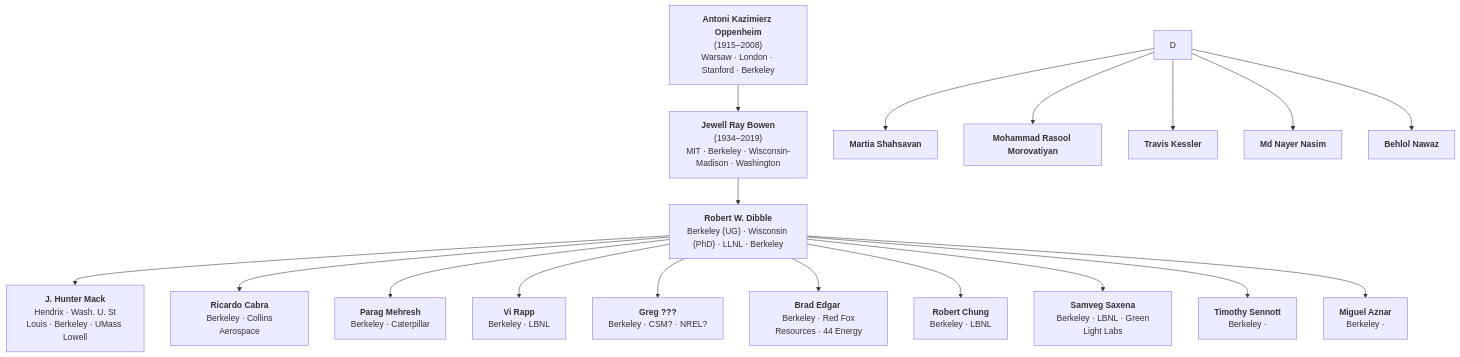
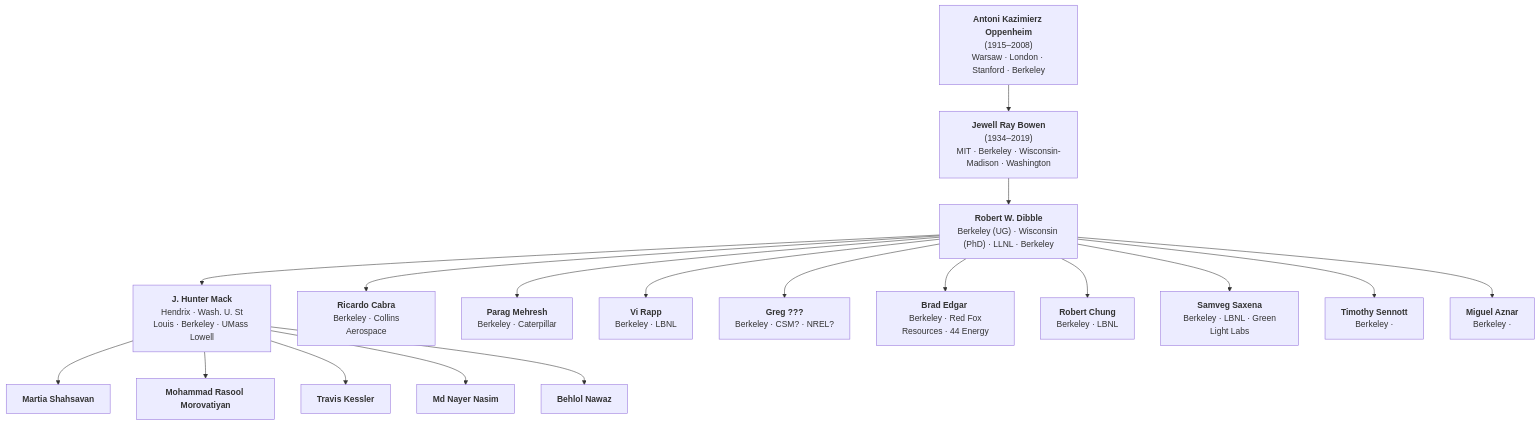
The diagram in acad_tree.md (bnawaz95/ECRL-acad-tree), drawn with Mermaid before and after one commit.

````diff
--- a/acad_tree.md
+++ b/acad_tree.md
@@ -1,45 +1,45 @@
 ```mermaid
 graph TD
     A["<b>Antoni Kazimierz Oppenheim</b><br/>(1915–2008)<br/>Warsaw · London · Stanford · Berkeley"]
 
     B["<b>Jewell Ray Bowen</b><br/>(1934–2019)<br/>MIT · Berkeley · Wisconsin-Madison · Washington"]
 
     C["<b>Robert W. Dibble</b><br/>Berkeley (UG) · Wisconsin (PhD) · LLNL · Berkeley"]
 
     D0["<b>J. Hunter Mack</b><br/> Hendrix · Wash. U. St Louis · Berkeley · UMass Lowell"]
     D1["<b>Ricardo Cabra</b><br/> Berkeley · Collins Aerospace"]
     D2["<b>Parag Mehresh</b><br/> Berkeley · Caterpillar"]
     D3["<b>Vi Rapp</b><br/> Berkeley · LBNL"]
     D4["<b>Greg ???</b><br/> Berkeley · CSM? · NREL?"]
     D5["<b>Brad Edgar </b><br/> Berkeley · Red Fox Resources · 44 Energy"]
     D6["<b>Robert Chung</b><br/> Berkeley · LBNL"]
     D7["<b>Samveg Saxena</b><br/> Berkeley · LBNL · Green Light Labs"]
     D8["<b>Timothy Sennott</b><br/> Berkeley · "]
     D9["<b>Miguel Aznar</b><br/> Berkeley · "]
 
     E["<b>Martia Shahsavan</b>"]
     F["<b>Mohammad Rasool Morovatiyan</b>"]
     G["<b>Travis Kessler</b>"]
     H["<b>Md Nayer Nasim</b>"]
     I["<b>Behlol Nawaz</b>"]
 
     A --> B
     B --> C
 
     C --> D0
     C --> D1
     C --> D2
     C --> D3
     C --> D4
     C --> D5
     C --> D6
     C --> D7
     C --> D8
     C --> D9
 
-    D --> E
-    D --> F
-    D --> G
-    D --> H
-    D --> I
+    D0 --> E
+    D0 --> F
+    D0 --> G
+    D0 --> H
+    D0 --> I
 ```
````
